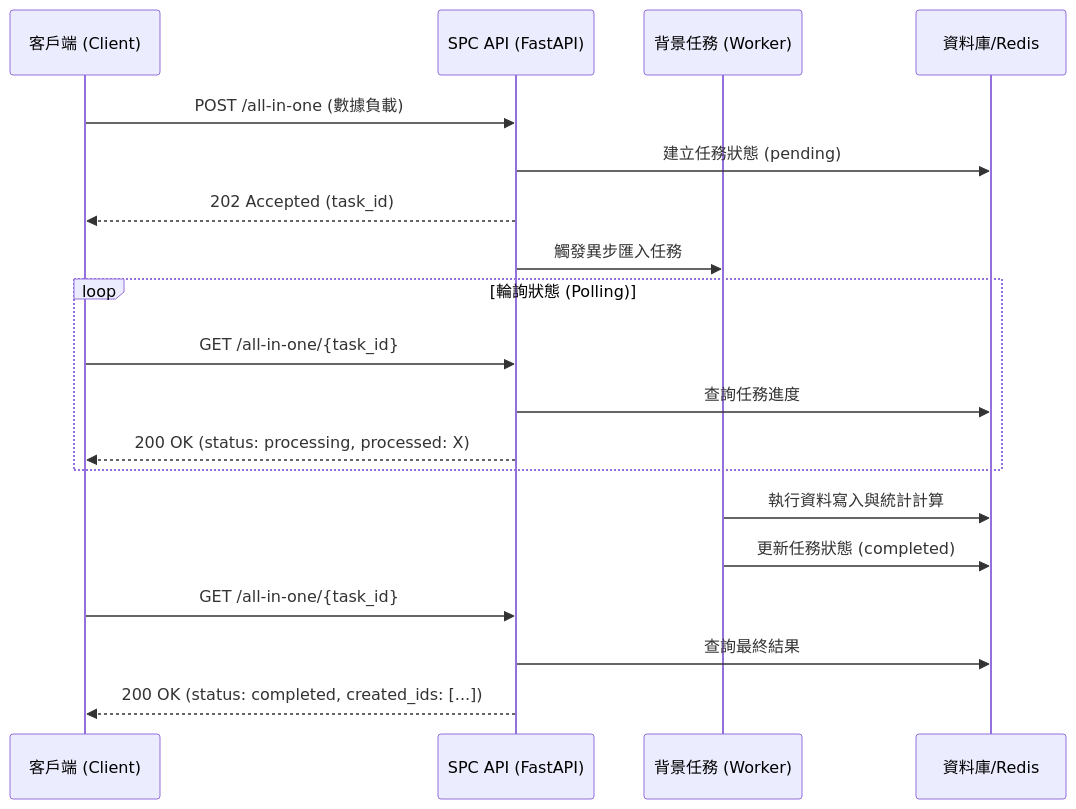
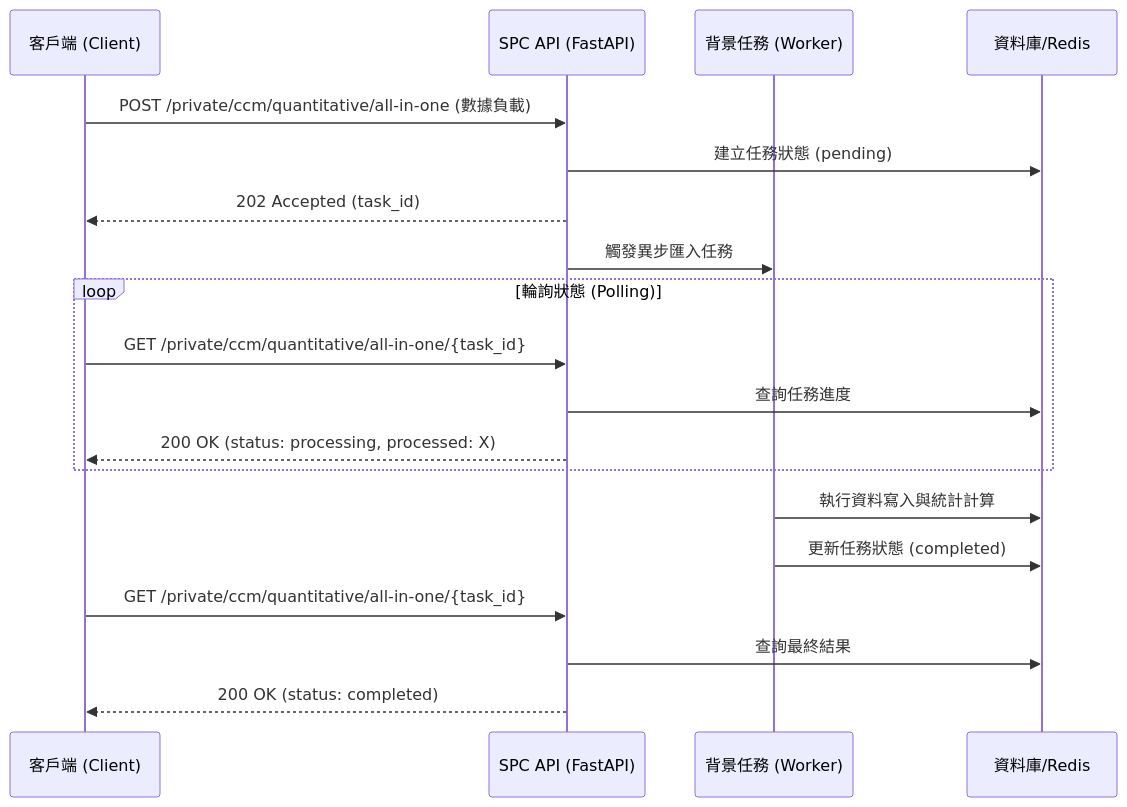
The diagram in docs/spc/08_API_規格與用法說明.md (henry5720/work-docs), drawn with Mermaid before and after one commit. The commit also changed other lines of this file and 6 other files, not shown here.

Commit message:
docs(spc): 更新資料字典、資料流程圖、實體關係圖及 API 規格文件，增強內容的清晰度與準確性，並補充 JSON 格式定義，提升開發者使用體驗

````diff
--- a/docs/spc/08_API_規格與用法說明.md
+++ b/docs/spc/08_API_規格與用法說明.md
@@ -23,25 +20,25 @@
 ```mermaid
 sequenceDiagram
     participant Client as 客戶端 (Client)
     participant API as SPC API (FastAPI)
     participant Worker as 背景任務 (Worker)
     participant DB as 資料庫/Redis
 
-    Client->>API: POST /all-in-one (數據負載)
+    Client->>API: POST /private/ccm/quantitative/all-in-one (數據負載)
     API->>DB: 建立任務狀態 (pending)
     API-->>Client: 202 Accepted (task_id)
     API->>Worker: 觸發異步匯入任務
     
     loop 輪詢狀態 (Polling)
-        Client->>API: GET /all-in-one/{task_id}
+        Client->>API: GET /private/ccm/quantitative/all-in-one/{task_id}
         API->>DB: 查詢任務進度
         API-->>Client: 200 OK (status: processing, processed: X)
     end
     
     Worker->>DB: 執行資料寫入與統計計算
     Worker->>DB: 更新任務狀態 (completed)
     
-    Client->>API: GET /all-in-one/{task_id}
+    Client->>API: GET /private/ccm/quantitative/all-in-one/{task_id}
     API->>DB: 查詢最終結果
-    API-->>Client: 200 OK (status: completed, created_ids: [...])
+    API-->>Client: 200 OK (status: completed)
 ```
````
